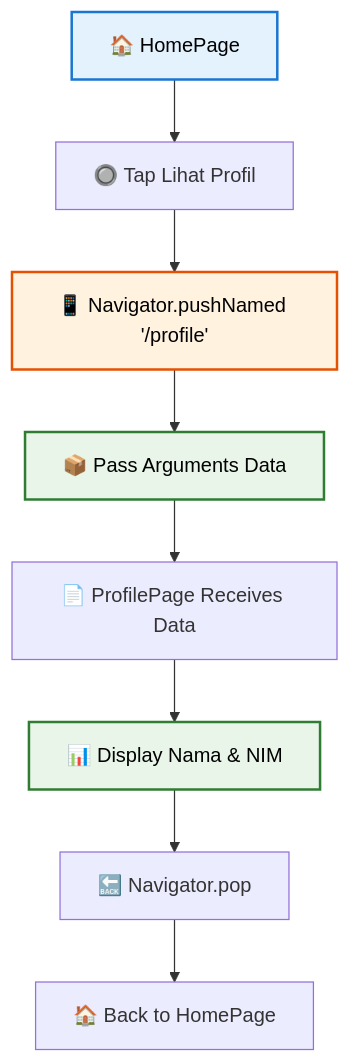
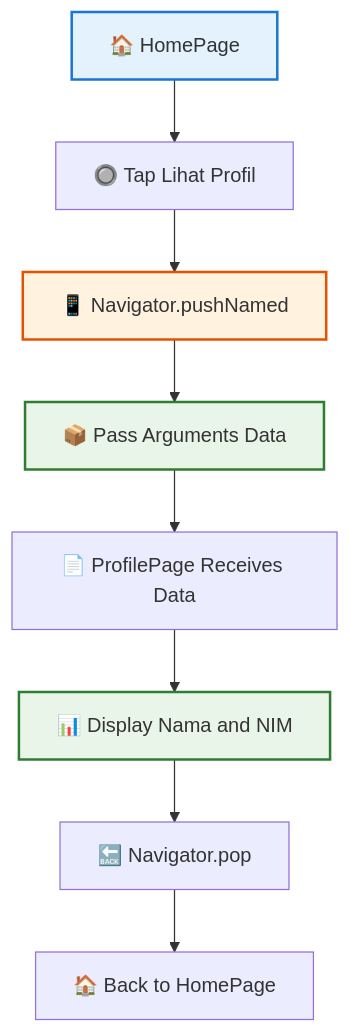
One commit to antonprafanto/flutter changed the second of 6 diagrams in pertemuan4.md. Above: the diagram before and after it, drawn with Mermaid. The commit also changed other lines of this file, not shown here.

````diff
--- a/pertemuan4.md
+++ b/pertemuan4.md
@@ -224,15 +226,15 @@
 ```mermaid
 flowchart TD
     A[🏠 HomePage] --> B[🔘 Tap Lihat Profil]
-    B --> C[📱 Navigator.pushNamed '/profile']
+    B --> C[📱 Navigator.pushNamed]
     C --> D[📦 Pass Arguments Data]
     D --> E[📄 ProfilePage Receives Data]
-    E --> F[📊 Display Nama & NIM]
+    E --> F[📊 Display Nama and NIM]
     F --> G[🔙 Navigator.pop]
     G --> H[🏠 Back to HomePage]
     
-    style A fill:#e3f2fd,stroke:#1976d2,stroke-width:2px,color:#000
-    style C fill:#fff3e0,stroke:#e65100,stroke-width:2px,color:#000
-    style D fill:#e8f5e8,stroke:#2e7d32,stroke-width:2px,color:#000
-    style F fill:#e8f5e8,stroke:#2e7d32,stroke-width:2px,color:#000
+    style A fill:#e3f2fd,stroke:#1976d2,stroke-width:2px
+    style C fill:#fff3e0,stroke:#e65100,stroke-width:2px
+    style D fill:#e8f5e8,stroke:#2e7d32,stroke-width:2px
+    style F fill:#e8f5e8,stroke:#2e7d32,stroke-width:2px
 ```
````
